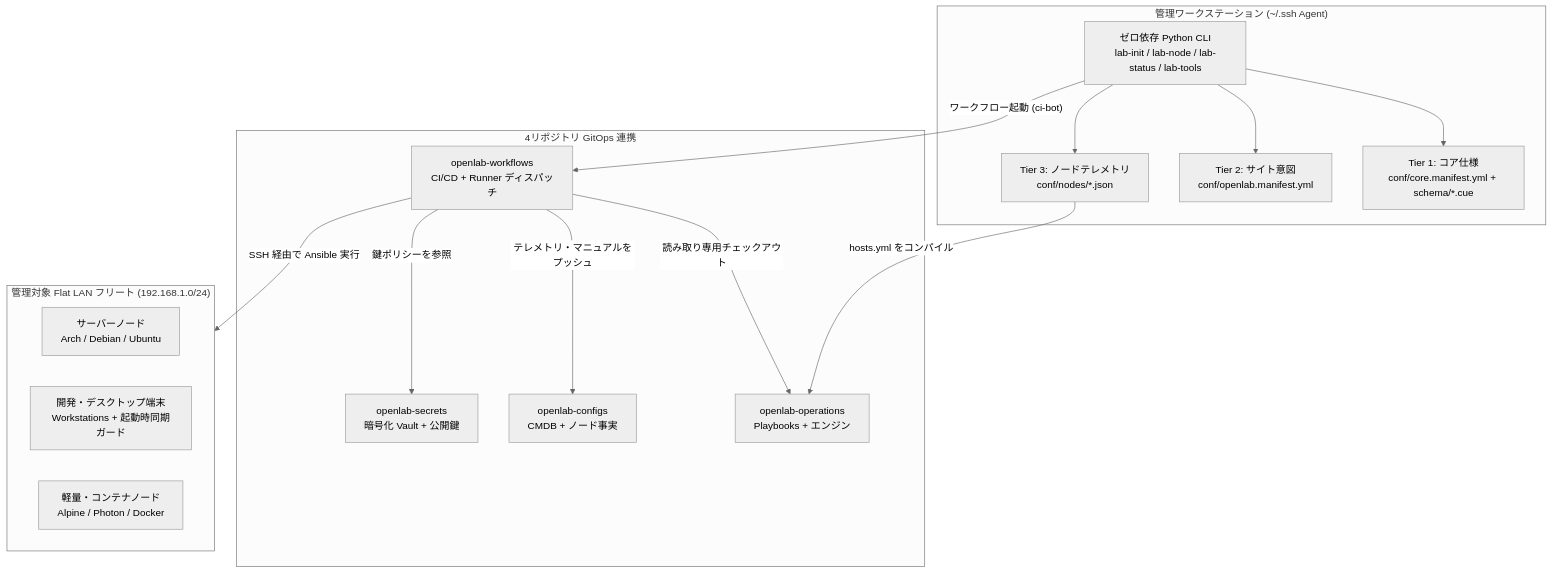
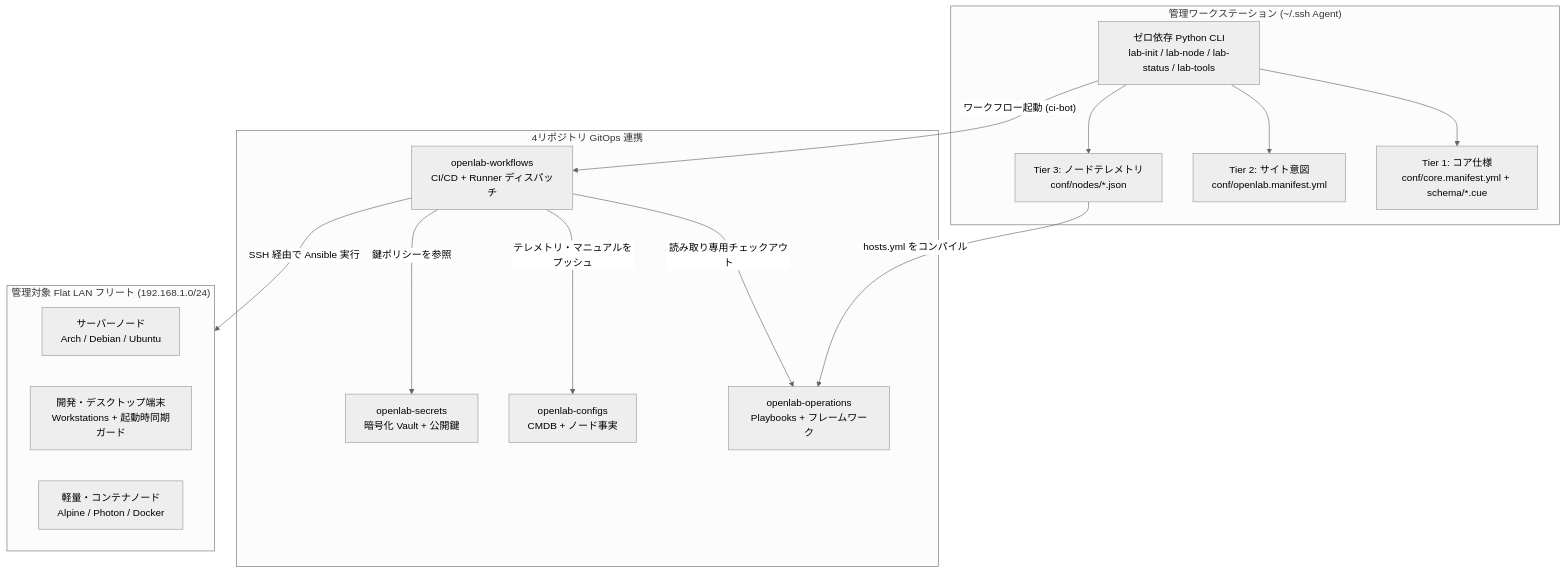
One commit to openlabops/openlabops changed the diagram in i18n/ja/docusaurus-plugin-content-docs/current/architecture.md. Above: the diagram before and after it, drawn with Mermaid (neutral theme). The commit also changed other lines of this file and 15 other files, not shown here.

Commit message:
docs(wiki): expand architecture, security, testing, and AI SRE details; use Framework terminology

````diff
--- a/i18n/ja/docusaurus-plugin-content-docs/current/architecture.md
+++ b/i18n/ja/docusaurus-plugin-content-docs/current/architecture.md
@@ -11,30 +11,30 @@
 ```mermaid
 flowchart TB
     subgraph Console["管理ワークステーション (~/.ssh Agent)"]
         CLI["ゼロ依存 Python CLI<br/>lab-init / lab-node / lab-status / lab-tools"]
         T1["Tier 1: コア仕様<br/>conf/core.manifest.yml + schema/*.cue"]
         T2["Tier 2: サイト意図<br/>conf/openlab.manifest.yml"]
         T3["Tier 3: ノードテレメトリ<br/>conf/nodes/*.json"]
     end
 
     subgraph Federation["4リポジトリ GitOps 連携"]
-        OPS["openlab-operations<br/>Playbooks + エンジン"]
+        OPS["openlab-operations<br/>Playbooks + フレームワーク"]
         WF["openlab-workflows<br/>CI/CD + Runner ディスパッチ"]
         CFG["openlab-configs<br/>CMDB + ノード事実"]
         SEC["openlab-secrets<br/>暗号化 Vault + 公開鍵"]
     end
 
     subgraph Fleet["管理対象 Flat LAN フリート (192.168.1.0/24)"]
         N1["サーバーノード<br/>Arch / Debian / Ubuntu"]
         N2["開発・デスクトップ端末<br/>Workstations + 起動時同期ガード"]
         N3["軽量・コンテナノード<br/>Alpine / Photon / Docker"]
     end
 
     CLI --> T1 & T2 & T3
     T3 -->|"hosts.yml をコンパイル"| OPS
     CLI -->|"ワークフロー起動 (ci-bot)"| WF
     WF -->|"読み取り専用チェックアウト"| OPS
     WF -->|"テレメトリ・マニュアルをプッシュ"| CFG
     WF -->|"鍵ポリシーを参照"| SEC
     WF -->|"SSH 経由で Ansible 実行"| Fleet
 ```
````
